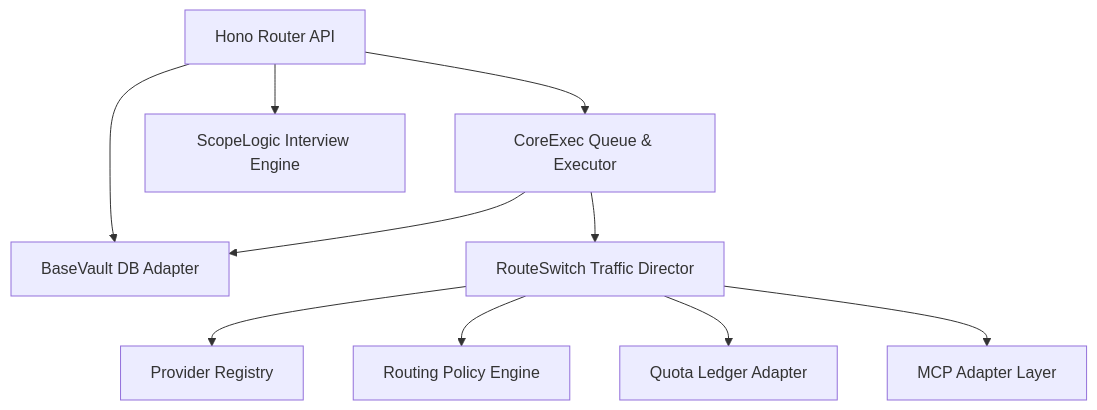
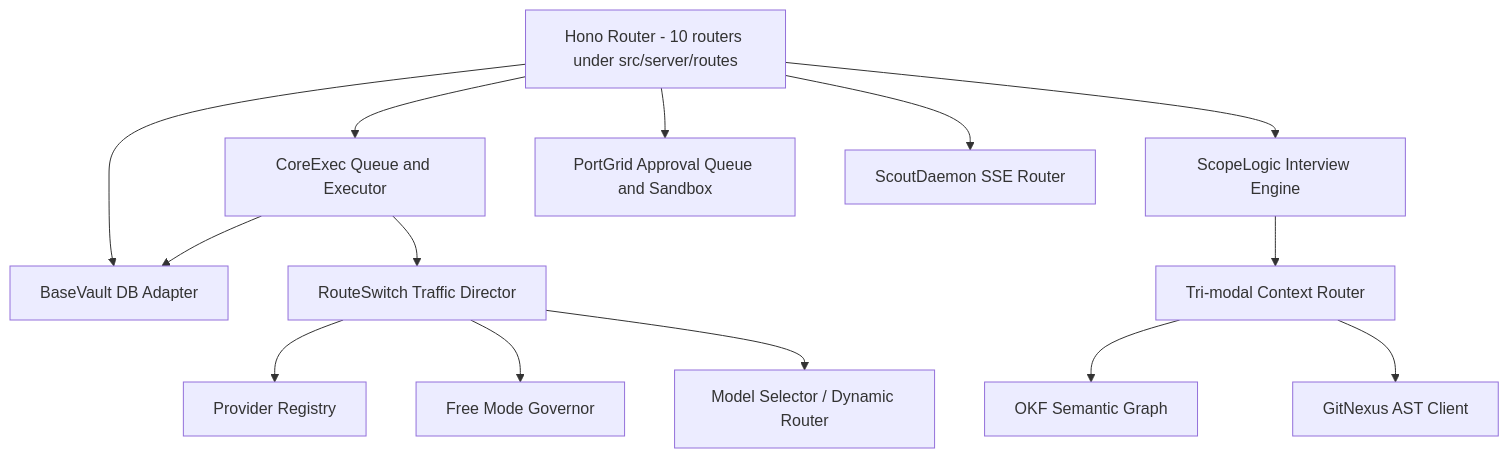
The diagram in docs/docs/02-architecture/c4-component-view.md (wdeldaybytebuster/ByteBuster-NeuroSyncOS), drawn with Mermaid before and after one commit. The commit also changed other lines of this file and 39 other files, not shown here.

````diff
--- a/docs/docs/02-architecture/c4-component-view.md
+++ b/docs/docs/02-architecture/c4-component-view.md
@@ -14,12 +14,16 @@
 ```mermaid
 graph TD
-    API[Hono Router API] --> CoreExec[CoreExec Queue & Executor]
+    API[Hono Router - 10 routers under src/server/routes] --> CoreExec[CoreExec Queue and Executor]
     API --> ScopeLogic[ScopeLogic Interview Engine]
+    API --> PortGrid[PortGrid Approval Queue and Sandbox]
     API --> BaseVault[BaseVault DB Adapter]
+    API --> ScoutRouter[ScoutDaemon SSE Router]
     CoreExec --> BaseVault
     CoreExec --> RouteSwitch[RouteSwitch Traffic Director]
     RouteSwitch --> ProviderReg[Provider Registry]
-    RouteSwitch --> PolicyEngine[Routing Policy Engine]
-    RouteSwitch --> QuotaLedger[Quota Ledger Adapter]
-    RouteSwitch --> MCPAdapter[MCP Adapter Layer]
+    RouteSwitch --> Governor[Free Mode Governor]
+    RouteSwitch --> ModelSelector[Model Selector / Dynamic Router]
+    ScopeLogic --> ContextRouter[Tri-modal Context Router]
+    ContextRouter --> OKF[OKF Semantic Graph]
+    ContextRouter --> GitNexus[GitNexus AST Client]
 ```
````
